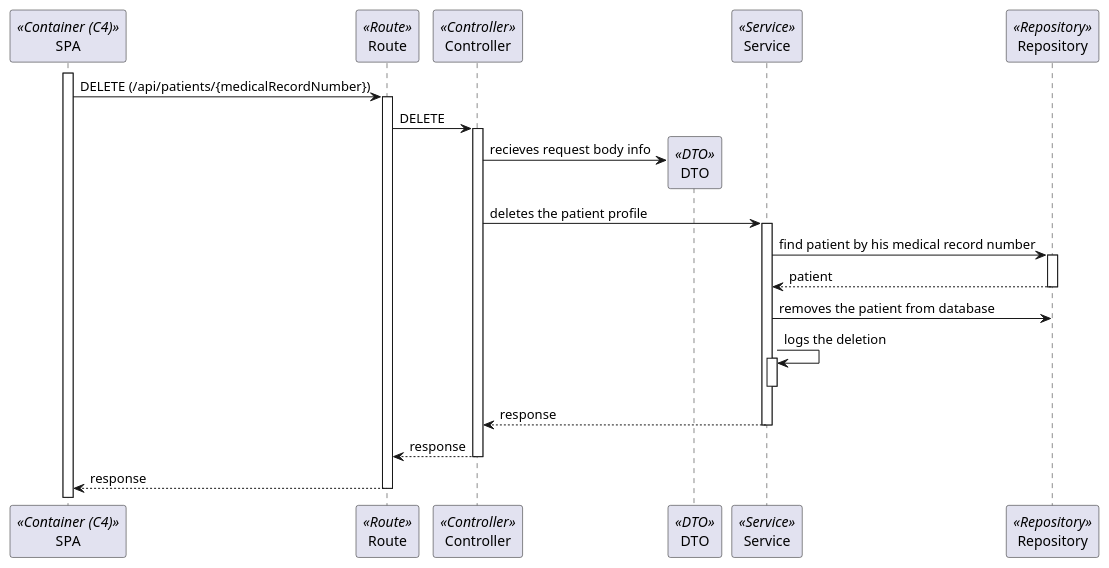
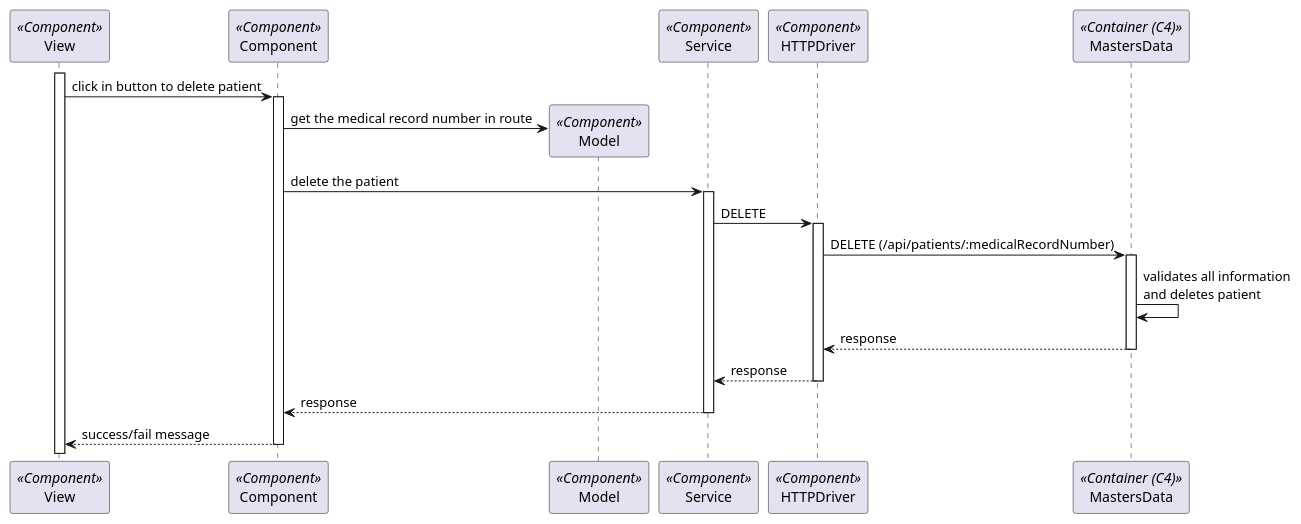
One commit to Rodrick0209/ISEP-SEM5PI-24-25 changed the diagram in docs/Sprint_2/Backoffice/US_6.2.8/L3/Process_View.puml. Above: the diagram before and after it, drawn with PlantUML. The commit also changed 19 other files, not shown here.

Commit message:
Updated level 3 diagrams for SPA adaptation #25

```diff
--- a/docs/Sprint_2/Backoffice/US_6.2.8/L3/Process_View.puml
+++ b/docs/Sprint_2/Backoffice/US_6.2.8/L3/Process_View.puml
@@ -2,27 +2,25 @@
 @startuml Process_View
-participant SPA as FE <<Container (C4)>>
-participant Route as Route <<Route>>
-participant Controller as Controller <<Controller>>
-participant DTO as DTO <<DTO>>
-participant Service as Service <<Service>>
-participant Repository as Repository <<Repository>>
-activate FE
-FE -> Route: DELETE (/api/patients/{medicalRecordNumber})
-activate Route
-Route -> Controller : DELETE
-activate Controller
-Controller -> DTO** : recieves request body info
-Controller -> Service : deletes the patient profile
+participant View as View <<Component>>
+participant Component as Component <<Component>>
+participant Model as Model <<Component>>
+participant Service as Service <<Component>>
+participant HTTPDriver as HTTPDriver <<Component>>
+participant MastersData as BE <<Container (C4)>>
+
+activate View
+View -> Component: click in button to delete patient
+activate Component
+Component -> Model**: get the medical record number in route
+Component -> Service: delete the patient
 activate Service
-Service -> Repository : find patient by his medical record number
-activate Repository
-return patient
-Service -> Repository : removes the patient from database
-Service -> Service : logs the deletion
-activate Service
-deactivate Service
+Service -> HTTPDriver: DELETE
+activate HTTPDriver
+HTTPDriver -> BE: DELETE (/api/patients/:medicalRecordNumber)
+activate BE
+BE -> BE: validates all information\nand deletes patient
 return response
 return response
 return response
+return success/fail message
 
 @enduml
```
